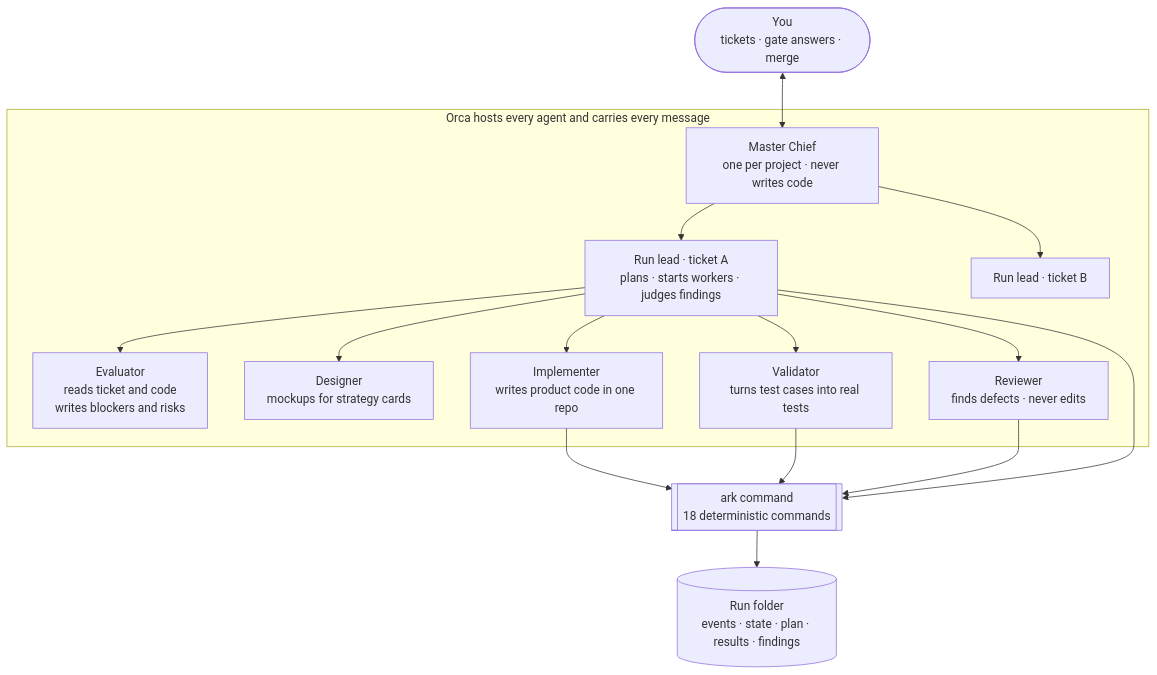
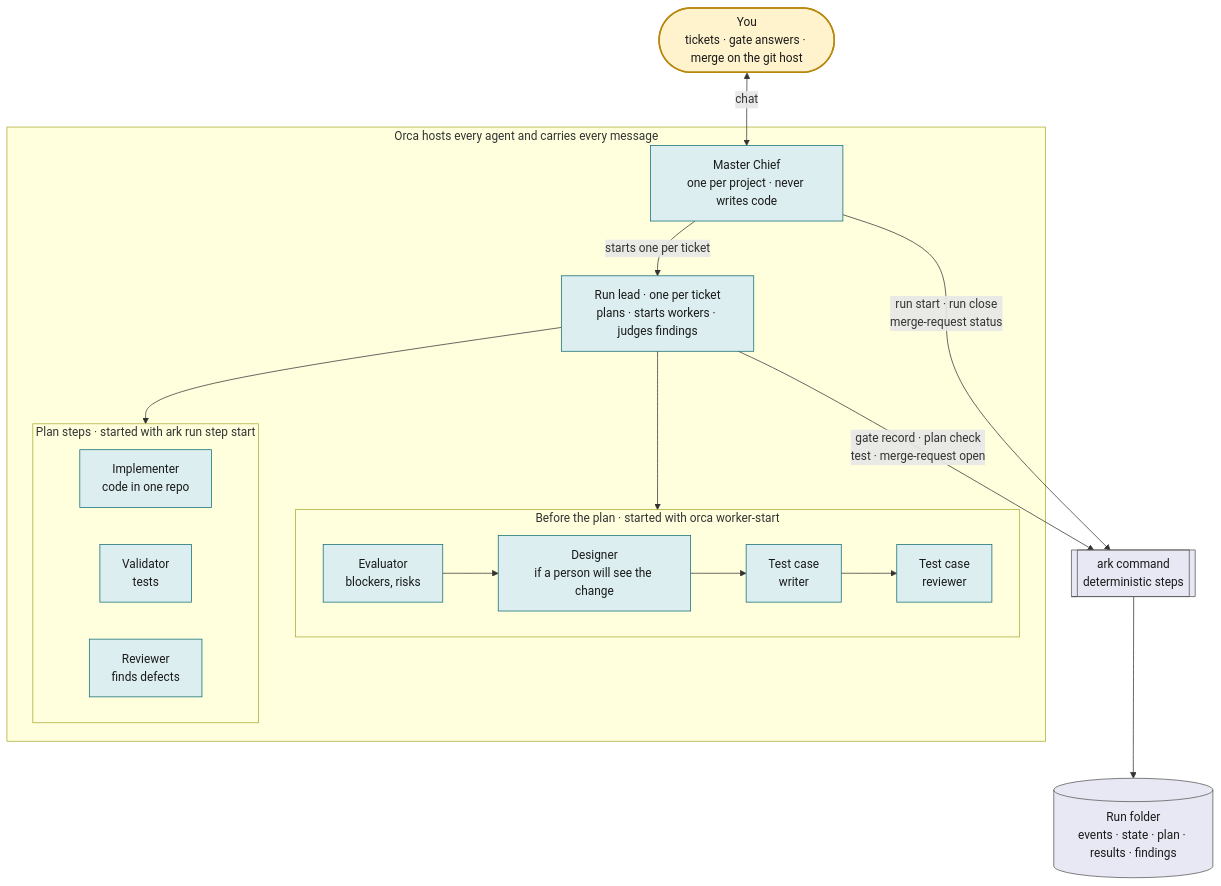
Before and after one commit to cobekarhoff/ark: the first of 5 diagrams in docs/explanation/architecture.md, drawn with Mermaid. The commit also changed other lines of this file and 36 other files, not shown here.

````diff
--- a/docs/explanation/architecture.md
+++ b/docs/explanation/architecture.md
@@ -9,16 +9,34 @@
 ```mermaid
 flowchart TB
-  you([You<br/>tickets · gate answers · merge]) <--> chief
-  subgraph orca[Orca hosts every agent and carries every message]
-    chief[Master Chief<br/>one per project · never writes code]
-    chief --> leadA[Run lead · ticket A<br/>plans · starts workers · judges findings]
-    chief --> leadB[Run lead · ticket B]
-    leadA --> evl[Evaluator<br/>reads ticket and code<br/>writes blockers and risks]
-    leadA --> des[Designer<br/>mockups for strategy cards]
-    leadA --> impl[Implementer<br/>writes product code in one repo]
-    leadA --> val[Validator<br/>turns test cases into real tests]
-    leadA --> rev[Reviewer<br/>finds defects · never edits]
+  you(["You<br/>tickets · gate answers · merge on the git host"])
+  subgraph orca["Orca hosts every agent and carries every message"]
+    chief["Master Chief<br/>one per project · never writes code"]
+    lead["Run lead · one per ticket<br/>plans · starts workers · judges findings"]
+    subgraph pre["Before the plan · started with orca worker-start"]
+      direction LR
+      evl["Evaluator<br/>blockers, risks"] --> des["Designer<br/>if a person will see the change"] --> tcw["Test case<br/>writer"] --> tcr["Test case<br/>reviewer"]
+    end
+    subgraph steps["Plan steps · started with ark run step start"]
+      direction LR
+      impl["Implementer<br/>code in one repo"]
+      val["Validator<br/>tests"]
+      rev["Reviewer<br/>finds defects"]
+    end
   end
-  impl & val & rev & leadA --> cli[[ark command<br/>18 deterministic commands]]
-  cli --> run[(Run folder<br/>events · state · plan · results · findings)]
+  cli[["ark command<br/>deterministic steps"]]
+  run[("Run folder<br/>events · state · plan · results · findings")]
+  you <-->|chat| chief
+  chief -->|"starts one per ticket"| lead
+  lead --> pre
+  lead --> steps
+  chief -->|"run start · run close<br/>merge-request status"| cli
+  lead -->|"gate record · plan check<br/>test · merge-request open"| cli
+  cli --> run
+
+  classDef human fill:#fff3cd,stroke:#b8860b,stroke-width:2px,color:#1a1a1a
+  classDef agent fill:#dceef0,stroke:#0e6b72,color:#1a1a1a
+  classDef cmd fill:#e8e8f4,stroke:#555,color:#1a1a1a
+  class you human
+  class chief,lead,evl,des,tcw,tcr,impl,val,rev agent
+  class cli,run cmd
 ```
````
